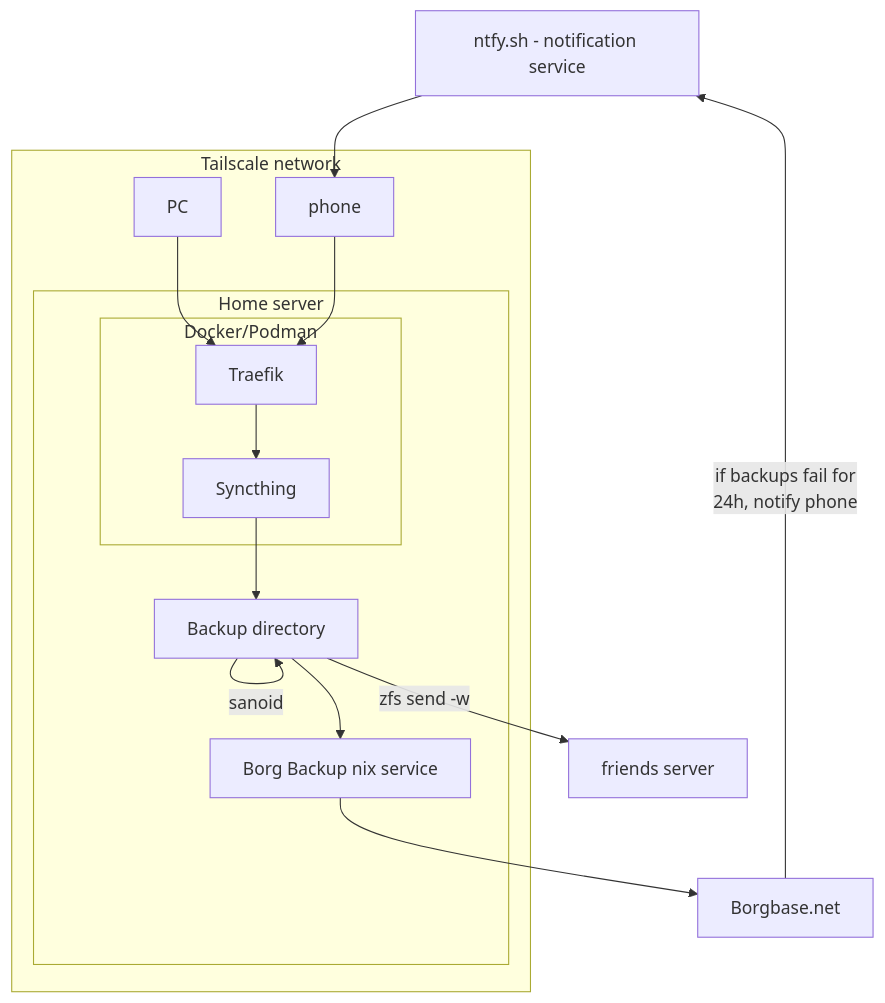
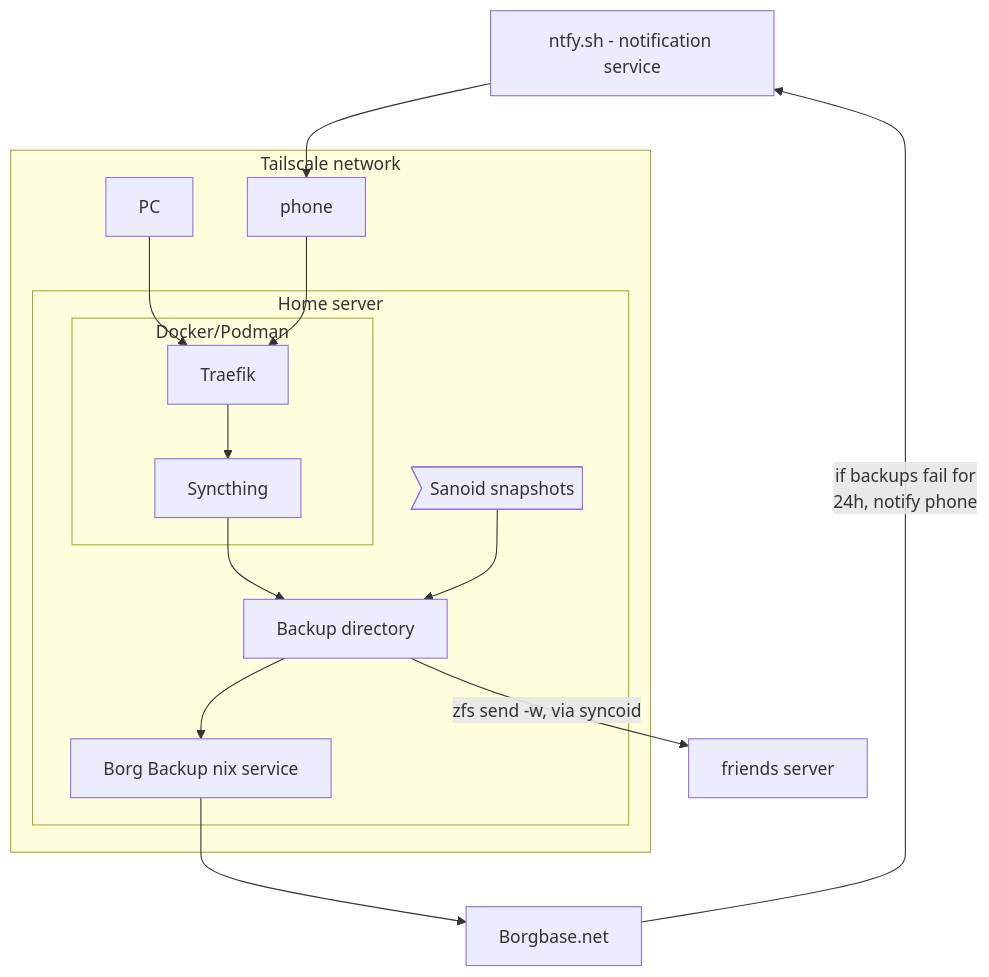
The diagram in src/backups_portable.md (only1thor/tl-dr.no), drawn with Mermaid before and after one commit.

Commit message:
sanoid/syncoid notes

````diff
--- a/src/backups_portable.md
+++ b/src/backups_portable.md
@@ -3,29 +3,30 @@
 ```mermaid
 graph TD;
     Ntfy["ntfy.sh - notification service"]
     subgraph Tailscale network
         A[PC]     --> T
         C[phone]  --> T
         subgraph Home server
             subgraph Docker/Podman
                 T[Traefik]  --> N[Syncthing]
             end
             B[Borg Backup nix service]
             N --> Bkp[Backup directory]
             Bkp --> B
+            S>Sanoid snapshots] --> Bkp
         end
     end
     F[friends server]
     B --> R[Borgbase.net]
     R --if backups fail for
         24h, notify phone--> Ntfy
     Ntfy --> C
-    Bkp --zfs send -w--> F
-    Bkp --sanoid--> Bkp
+    Bkp --zfs send -w, via syncoid--> F
     
     click Ntfy "https://ntfy.sh"
     click R "https://borgbase.com"
     click T "https://traefik.io"
     click B "https://nixos.org/manual/nixos/stable/#module-borgbase"
     click N "https://syncthing.net"
+    click S "https://github.com/jimsalterjrs/sanoid"
 ```
````
